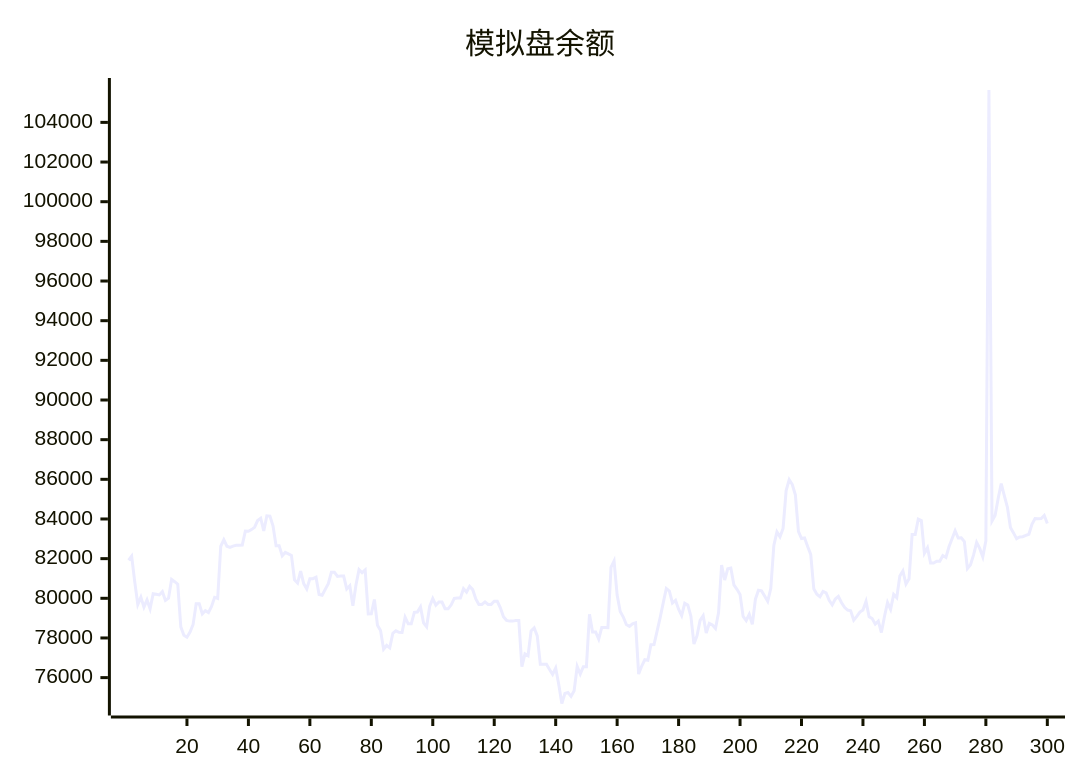
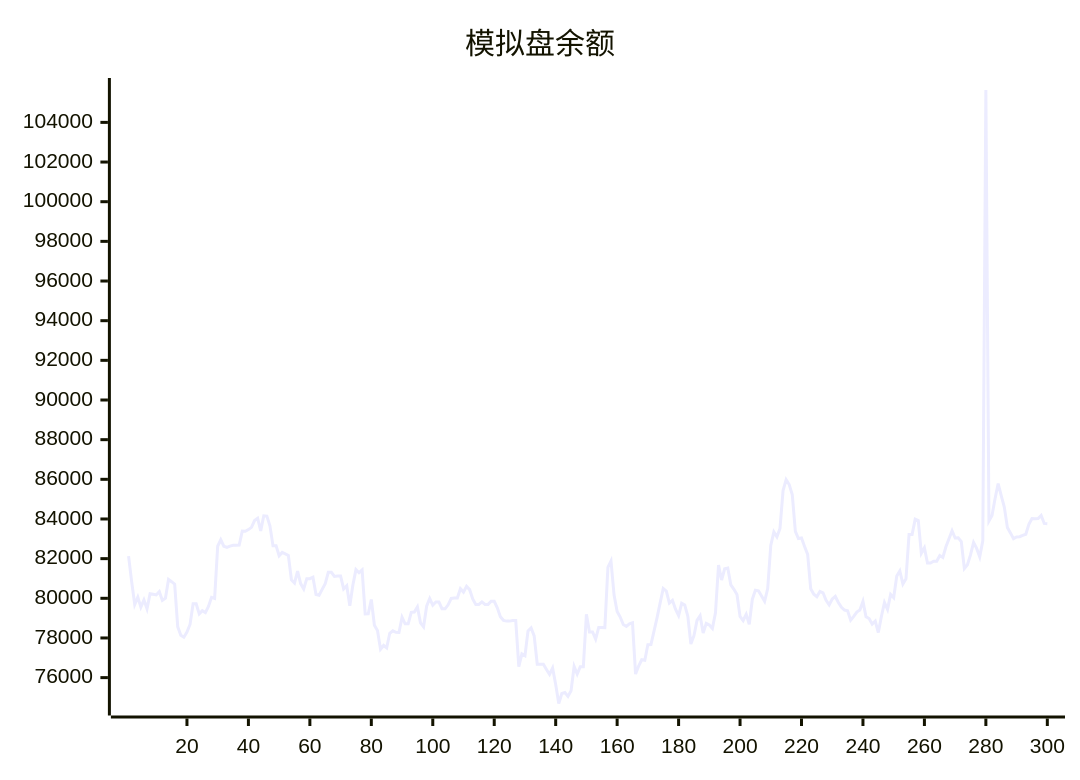
One commit to aahl/ai-trading changed the diagram in README.md. Above: the diagram before and after it, drawn with Mermaid. The commit also changed other lines of this file and 1 other file, not shown here.

````diff
--- a/README.md
+++ b/README.md
@@ -5,5 +5,5 @@
 ```mermaid
 xychart
     title "模拟盘余额"
-    line [81920,82125,80840,79688,80060,79552,79920,79470,80236,80208,80170,80336,79894,80006,80954,80837,80712,78561,78139,78037,78293,78682,79720,79720,79214,79372,79279,79591,80046,79993,82625,82950,82626,82571,82633,82670,82670,82681,83386,83378,83464,83579,83920,84037,83402,84160,84142,83652,82655,82655,82145,82315,82243,82163,80934,80770,81371,80742,80468,80989,80989,81067,80191,80155,80450,80737,81309,81309,81106,81119,81119,80471,80631,79624,80670,81448,81290,81429,79212,79222,79940,78643,78380,77432,77623,77504,78235,78358,78284,78277,79048,78714,78714,79290,79308,79567,78763,78563,79603,79988,79652,79813,79813,79476,79469,79673,79995,80015,80015,80486,80314,80600,80436,79966,79689,79689,79819,79692,79692,79850,79850,79518,79071,78889,78850,78850,78878,78878,76554,77202,77103,78357,78510,78106,76678,76677,76672,76411,76159,76485,75656,74695,75197,75246,75052,75334,76564,76179,76553,76551,79196,78300,78300,77944,78531,78531,78521,81564,81884,80160,79335,79055,78675,78580,78708,78764,76179,76586,76902,76876,77658,77669,78346,79023,79769,80497,80366,79761,79896,79448,79126,79749,79658,79097,77695,78114,78888,79126,78249,78738,78653,78478,79271,81680,80923,81488,81527,80681,80455,80190,79084,78879,79193,78686,79954,80403,80374,80118,79848,80491,82665,83351,83098,83525,85430,85983,85737,85221,83378,83014,83043,82613,82216,80477,80208,80081,80348,80277,79894,79670,79965,80093,79786,79542,79406,79371,78893,79087,79304,79406,79841,79072,78978,78696,78846,78272,79085,79787,79442,80198,80031,81120,81379,80718,80985,83214,83212,83993,83921,82270,82547,81776,81776,81866,81866,82158,82061,82596,83000,83408,83041,83050,82858,81503,81691,82188,82812,82517,82092,82901,105633,83898,84180,85030,85781,85178,84604,83569,83298,83008,83093,83107,83175,83228,83729,84025,84017,84019,84177,83775]
+    line [82125,80840,79688,80060,79552,79920,79470,80236,80208,80170,80336,79894,80006,80954,80837,80712,78561,78139,78037,78293,78682,79720,79720,79214,79372,79279,79591,80046,79993,82625,82950,82626,82571,82633,82670,82670,82681,83386,83378,83464,83579,83920,84037,83402,84160,84142,83652,82655,82655,82145,82315,82243,82163,80934,80770,81371,80742,80468,80989,80989,81067,80191,80155,80450,80737,81309,81309,81106,81119,81119,80471,80631,79624,80670,81448,81290,81429,79212,79222,79940,78643,78380,77432,77623,77504,78235,78358,78284,78277,79048,78714,78714,79290,79308,79567,78763,78563,79603,79988,79652,79813,79813,79476,79469,79673,79995,80015,80015,80486,80314,80600,80436,79966,79689,79689,79819,79692,79692,79850,79850,79518,79071,78889,78850,78850,78878,78878,76554,77202,77103,78357,78510,78106,76678,76677,76672,76411,76159,76485,75656,74695,75197,75246,75052,75334,76564,76179,76553,76551,79196,78300,78300,77944,78531,78531,78521,81564,81884,80160,79335,79055,78675,78580,78708,78764,76179,76586,76902,76876,77658,77669,78346,79023,79769,80497,80366,79761,79896,79448,79126,79749,79658,79097,77695,78114,78888,79126,78249,78738,78653,78478,79271,81680,80923,81488,81527,80681,80455,80190,79084,78879,79193,78686,79954,80403,80374,80118,79848,80491,82665,83351,83098,83525,85430,85983,85737,85221,83378,83014,83043,82613,82216,80477,80208,80081,80348,80277,79894,79670,79965,80093,79786,79542,79406,79371,78893,79087,79304,79406,79841,79072,78978,78696,78846,78272,79085,79787,79442,80198,80031,81120,81379,80718,80985,83214,83212,83993,83921,82270,82547,81776,81776,81866,81866,82158,82061,82596,83000,83408,83041,83050,82858,81503,81691,82188,82812,82517,82092,82901,105633,83898,84180,85030,85781,85178,84604,83569,83298,83008,83093,83107,83175,83228,83729,84025,84017,84019,84177,83775,83762]
 ```
````
